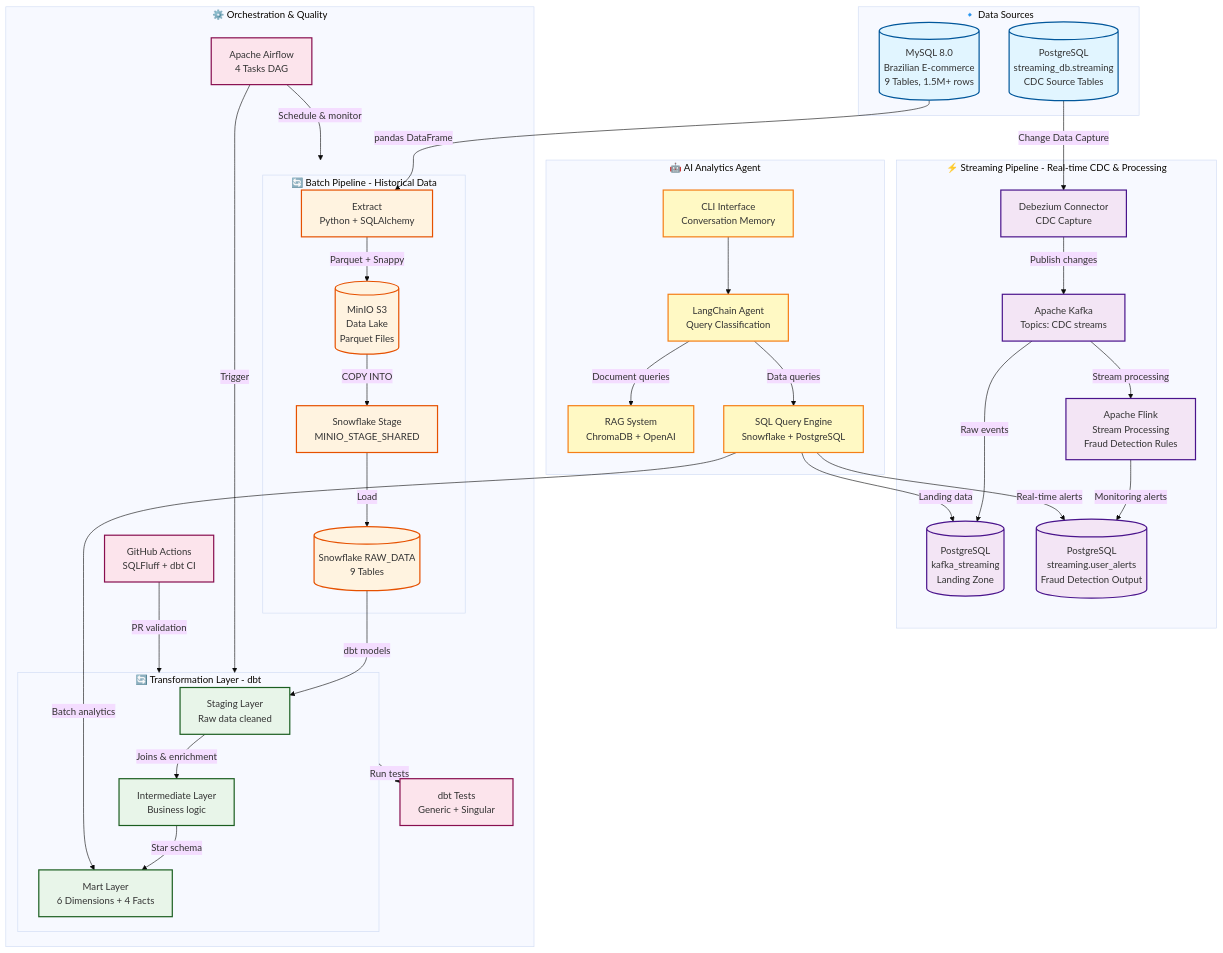
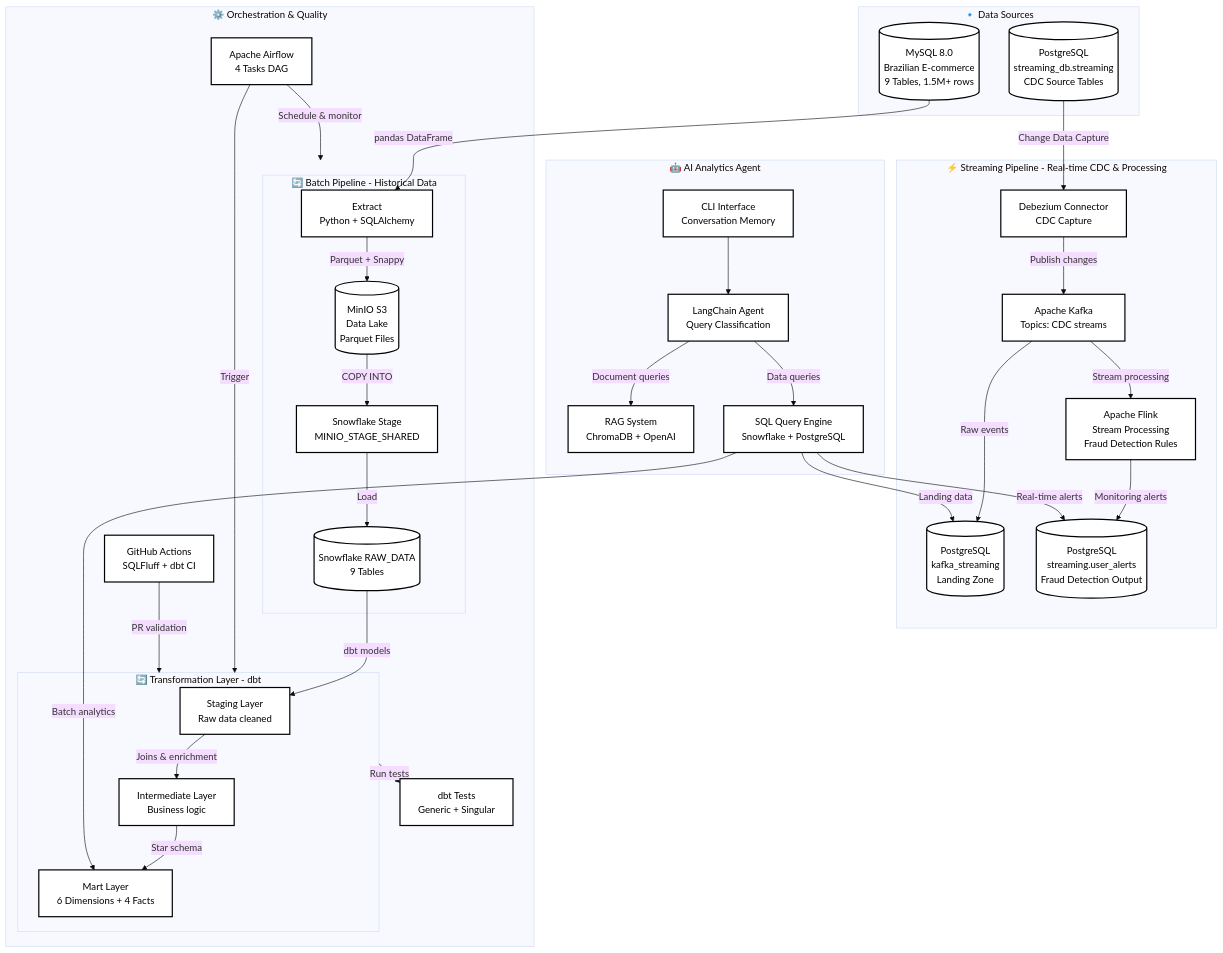
The diagram in README.md (namhuynhftu/data-ai-project), drawn with Mermaid (base theme) before and after one commit.

````diff
--- a/README.md
+++ b/README.md
@@ -36,82 +36,82 @@
 ```mermaid
 graph TB
     subgraph Sources["🔹 Data Sources"]
         MySQL[(MySQL 8.0<br/>Brazilian E-commerce<br/>9 Tables, 1.5M+ rows)]
         PG_Stream[(PostgreSQL<br/>streaming_db.streaming<br/>CDC Source Tables)]
     end
     
     subgraph Batch["🔄 Batch Pipeline - Historical Data"]
         Extract[Extract<br/>Python + SQLAlchemy]
         MinIO[(MinIO S3<br/>Data Lake<br/>Parquet Files)]
         SnowStage[Snowflake Stage<br/>MINIO_STAGE_SHARED]
         SnowRaw[(Snowflake RAW_DATA<br/>9 Tables)]
         
         MySQL -->|pandas DataFrame| Extract
         Extract -->|Parquet + Snappy| MinIO
         MinIO -->|COPY INTO| SnowStage
         SnowStage -->|Load| SnowRaw
     end
     
     subgraph Stream["⚡ Streaming Pipeline - Real-time CDC & Processing"]
         Debezium[Debezium Connector<br/>CDC Capture]
         Kafka[Apache Kafka<br/>Topics: CDC streams]
         Flink[Apache Flink<br/>Stream Processing<br/>Fraud Detection Rules]
         PG_Landing[(PostgreSQL<br/>kafka_streaming<br/>Landing Zone)]
         PG_Alerts[(PostgreSQL<br/>streaming.user_alerts<br/>Fraud Detection Output)]
         
         PG_Stream -->|Change Data Capture| Debezium
         Debezium -->|Publish changes| Kafka
         Kafka -->|Raw events| PG_Landing
         Kafka -->|Stream processing| Flink
         Flink -->|Monitoring alerts| PG_Alerts
     end
     
     subgraph Transform["🔄 Transformation Layer - dbt"]
         Staging[Staging Layer<br/>Raw data cleaned]
         Intermediate[Intermediate Layer<br/>Business logic]
         Mart[Mart Layer<br/>6 Dimensions + 4 Facts]
         
         SnowRaw -->|dbt models| Staging
         Staging -->|Joins & enrichment| Intermediate
         Intermediate -->|Star schema| Mart
     end
     
     subgraph Orchestration["⚙️ Orchestration & Quality"]
         Airflow[Apache Airflow<br/>4 Tasks DAG]
         DBT_Tests[dbt Tests<br/>Generic + Singular]
         CI[GitHub Actions<br/>SQLFluff + dbt CI]
         
         Airflow -->|Schedule & monitor| Batch
         Airflow -->|Trigger| Transform
         Transform -->|Run tests| DBT_Tests
         CI -->|PR validation| Transform
     end
     
     subgraph AI["🤖 AI Analytics Agent"]
         CLI[CLI Interface<br/>Conversation Memory]
         RAG[RAG System<br/>ChromaDB + OpenAI]
         SQLRunner[SQL Query Engine<br/>Snowflake + PostgreSQL]
         Agent[LangChain Agent<br/>Query Classification]
         
         CLI --> Agent
         Agent -->|Document queries| RAG
         Agent -->|Data queries| SQLRunner
         SQLRunner -->|Batch analytics| Mart
         SQLRunner -->|Real-time alerts| PG_Alerts
         SQLRunner -->|Landing data| PG_Landing
     end
     
-    classDef source fill:#e1f5ff,stroke:#01579b,stroke-width:2px
-    classDef batch fill:#fff3e0,stroke:#e65100,stroke-width:2px
-    classDef stream fill:#f3e5f5,stroke:#4a148c,stroke-width:2px
-    classDef transform fill:#e8f5e9,stroke:#1b5e20,stroke-width:2px
-    classDef orchestration fill:#fce4ec,stroke:#880e4f,stroke-width:2px
-    classDef ai fill:#fff9c4,stroke:#f57f17,stroke-width:2px
+    classDef source fill:#ffffff,stroke:#000000,stroke-width:2px,color:#000000
+    classDef batch fill:#ffffff,stroke:#000000,stroke-width:2px,color:#000000
+    classDef stream fill:#ffffff,stroke:#000000,stroke-width:2px,color:#000000
+    classDef transform fill:#ffffff,stroke:#000000,stroke-width:2px,color:#000000
+    classDef orchestration fill:#ffffff,stroke:#000000,stroke-width:2px,color:#000000
+    classDef ai fill:#ffffff,stroke:#000000,stroke-width:2px,color:#000000
     
     class MySQL,PG_Stream source
     class Extract,MinIO,SnowStage,SnowRaw batch
     class Debezium,Kafka,Flink,PG_Landing,PG_Alerts stream
     class Staging,Intermediate,Mart transform
     class Airflow,DBT_Tests,CI orchestration
     class CLI,RAG,SQLRunner,Agent ai
 ```
````
